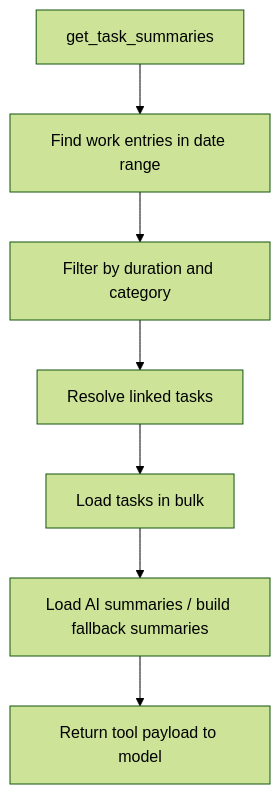
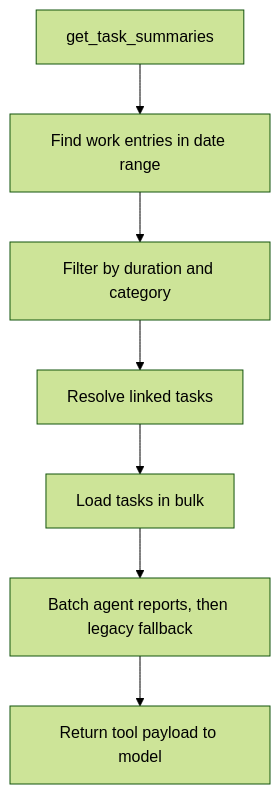
The third of 6 diagrams in lib/features/ai_chat/README.md (matthiasn/lotti), drawn with Mermaid (forest theme) before and after one commit. The commit also changed other lines of this file and 34 other files, not shown here.

````diff
--- a/lib/features/ai_chat/README.md
+++ b/lib/features/ai_chat/README.md
@@ -185,9 +185,9 @@
 ```mermaid
 flowchart TD
   ToolCall["get_task_summaries"] --> Work["Find work entries in date range"]
   Work --> Filter["Filter by duration and category"]
   Filter --> Links["Resolve linked tasks"]
   Links --> Tasks["Load tasks in bulk"]
-  Tasks --> Summaries["Load AI summaries / build fallback summaries"]
+  Tasks --> Summaries["Batch agent reports, then legacy fallback"]
   Summaries --> ToolResult["Return tool payload to model"]
 ```
````
